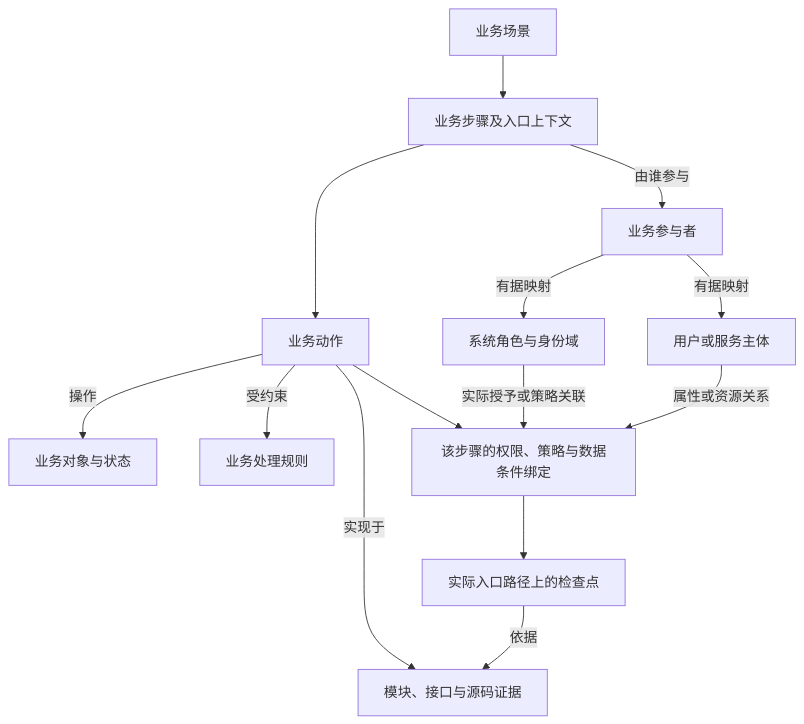
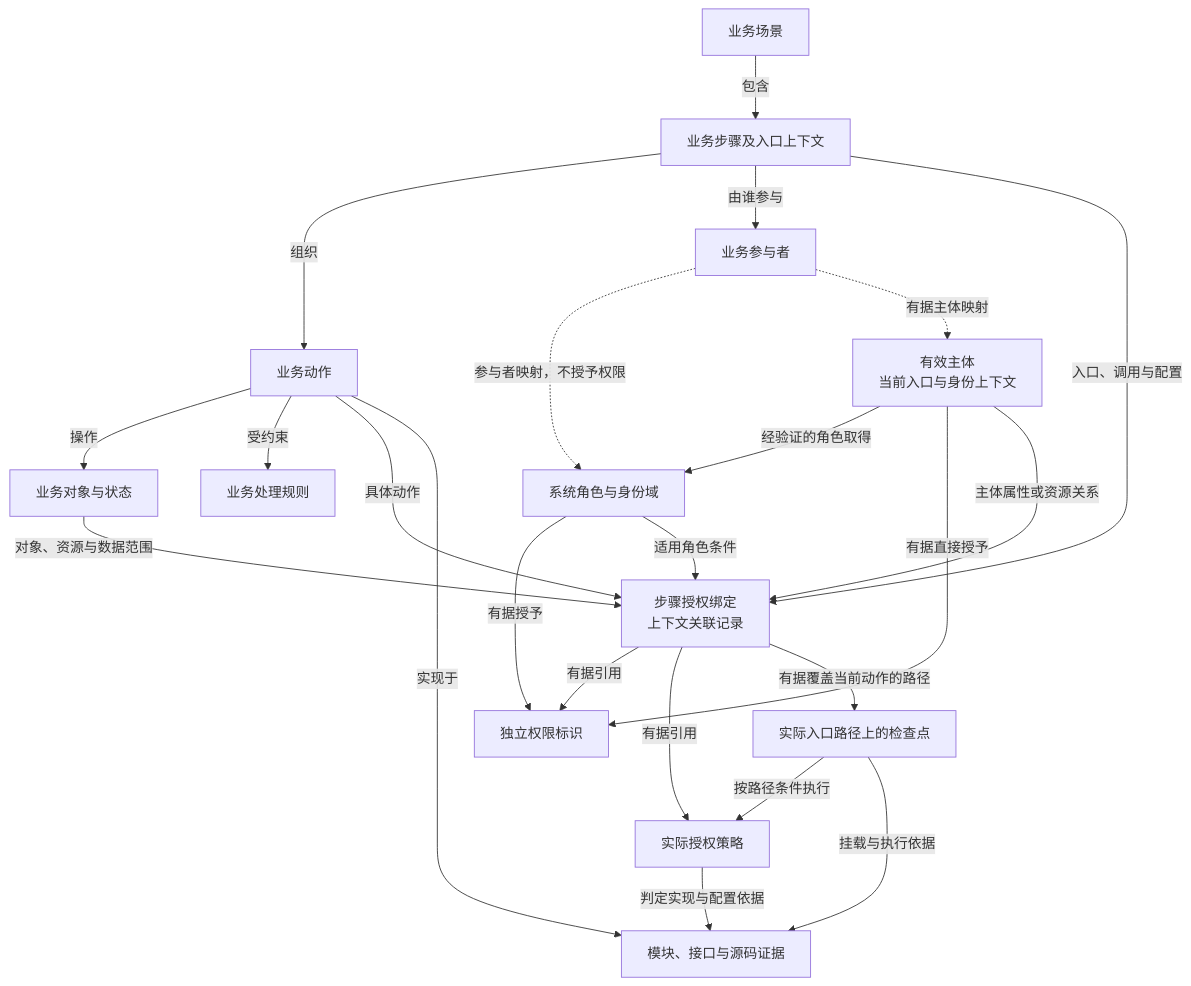
Before and after one commit to xjq11029/CodeCartia: the second of 3 diagrams in docs/CodeCartia-设计方案.md, drawn with Mermaid. The commit also changed other lines of this file and 19 other files, not shown here.

````diff
--- a/docs/CodeCartia-设计方案.md
+++ b/docs/CodeCartia-设计方案.md
@@ -333,16 +334,25 @@
 ```mermaid
 flowchart TD
-  Scenario["业务场景"] --> Step["业务步骤及入口上下文"]
-  Step --> Action["业务动作"]
+  Scenario["业务场景"] -->|包含| Step["业务步骤及入口上下文"]
+  Step -->|组织| Action["业务动作"]
   Action -->|操作| Object["业务对象与状态"]
   Action -->|受约束| Rule["业务处理规则"]
   Step -->|由谁参与| Actor["业务参与者"]
-  Actor -->|有据映射| Role["系统角色与身份域"]
-  Actor -->|有据映射| Subject["用户或服务主体"]
-  Action --> Binding["该步骤的权限、策略与数据条件绑定"]
-  Role -->|实际授予或策略关联| Binding
-  Subject -->|属性或资源关系| Binding
-  Binding --> Check["实际入口路径上的检查点"]
+  Actor -.->|参与者映射，不授予权限| Role["系统角色与身份域"]
+  Actor -.->|有据主体映射| Subject["有效主体<br/>当前入口与身份上下文"]
+  Subject -->|经验证的角色取得| Role
+  Role -->|有据授予| Permission["独立权限标识"]
+  Subject -->|有据直接授予| Permission
+  Step -->|入口、调用与配置| Binding["步骤授权绑定<br/>上下文关联记录"]
+  Action -->|具体动作| Binding
+  Object -->|对象、资源与数据范围| Binding
+  Subject -->|主体属性或资源关系| Binding
+  Role -->|适用角色条件| Binding
+  Binding -->|有据引用| Permission
+  Binding -->|有据引用| Policy["实际授权策略"]
+  Binding -->|有据覆盖当前动作的路径| Check["实际入口路径上的检查点"]
+  Check -->|按路径条件执行| Policy
   Action -->|实现于| Code["模块、接口与源码证据"]
-  Check -->|依据| Code
+  Check -->|挂载与执行依据| Code
+  Policy -->|判定实现与配置依据| Code
 ```
````
